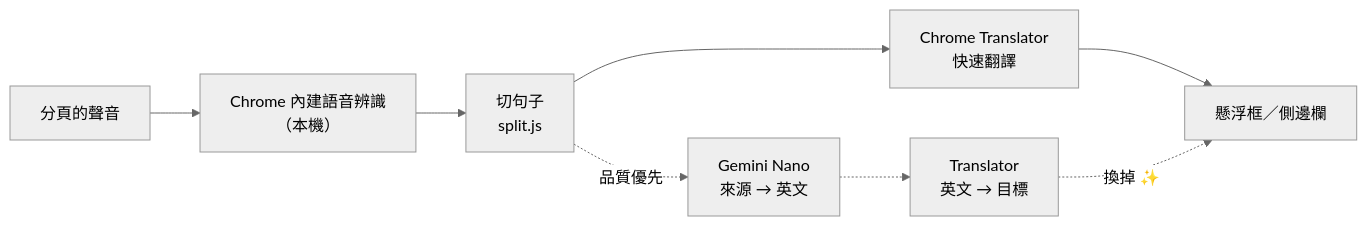
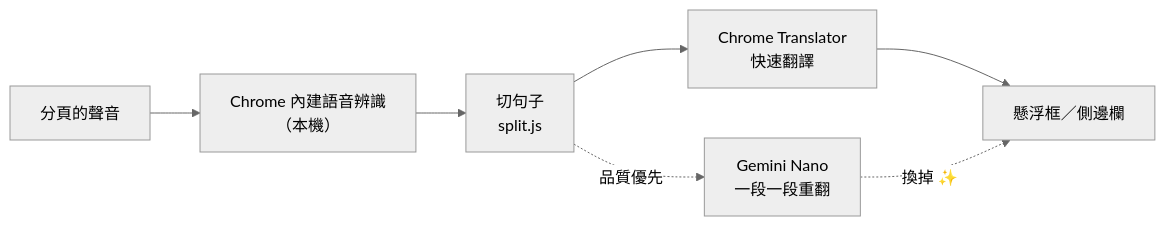
One commit to Ashur5457/freelivesub changed the diagram in README.md. Above: the diagram before and after it, drawn with Mermaid (neutral theme). The commit also changed other lines of this file and 13 other files, not shown here.

````diff
--- a/README.md
+++ b/README.md
@@ -41,10 +41,9 @@
 ```mermaid
 flowchart LR
   TAB["分頁的聲音"] --> SR["Chrome 內建語音辨識<br/>（本機）"]
   SR --> SPLIT["切句子<br/>split.js"]
   SPLIT --> TR["Chrome Translator<br/>快速翻譯"]
   TR --> SUB["懸浮框／側邊欄"]
-  SPLIT -. 品質優先 .-> NANO["Gemini Nano<br/>來源 → 英文"]
-  NANO -.-> TR2["Translator<br/>英文 → 目標"]
-  TR2 -. 換掉 ✨ .-> SUB
+  SPLIT -. 品質優先 .-> NANO["Gemini Nano<br/>一段一段重翻"]
+  NANO -. 換掉 ✨ .-> SUB
 ```
````
